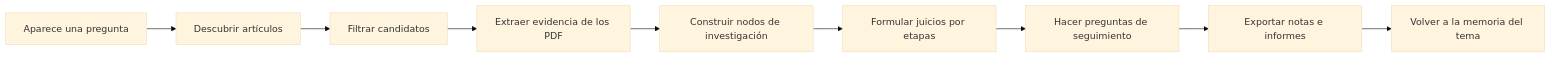
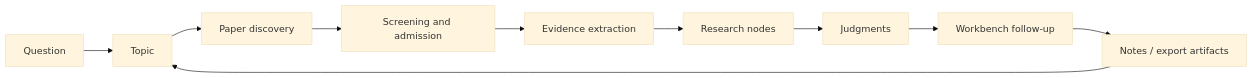
The diagram in docs/README.es-ES.md (AI-yyf/TraceMind), drawn with Mermaid (base theme) before and after one commit. The commit also changed other lines of this file and 7 other files, not shown here.

First line of the commit message:
Clarify TraceMind as an AI personal research workbench in public docs

````diff
--- a/docs/README.es-ES.md
+++ b/docs/README.es-ES.md
@@ -131,11 +162,12 @@
 ```mermaid
 flowchart LR
-    A["Aparece una pregunta"] --> B["Descubrir artículos"]
-    B --> C["Filtrar candidatos"]
-    C --> D["Extraer evidencia de los PDF"]
-    D --> E["Construir nodos de investigación"]
-    E --> F["Formular juicios por etapas"]
-    F --> G["Hacer preguntas de seguimiento"]
-    G --> H["Exportar notas e informes"]
-    H --> I["Volver a la memoria del tema"]
+    A["Question"] --> B["Topic"]
+    B --> C["Paper discovery"]
+    C --> D["Screening and admission"]
+    D --> E["Evidence extraction"]
+    E --> F["Research nodes"]
+    F --> G["Judgments"]
+    G --> H["Workbench follow-up"]
+    H --> I["Notes / export artifacts"]
+    I --> B
 ```
````
